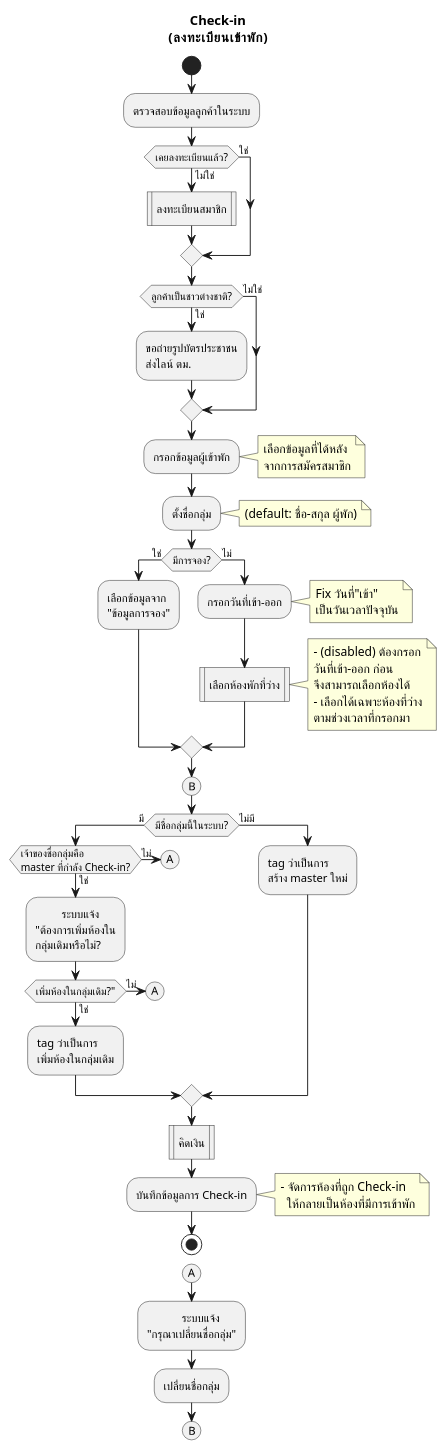
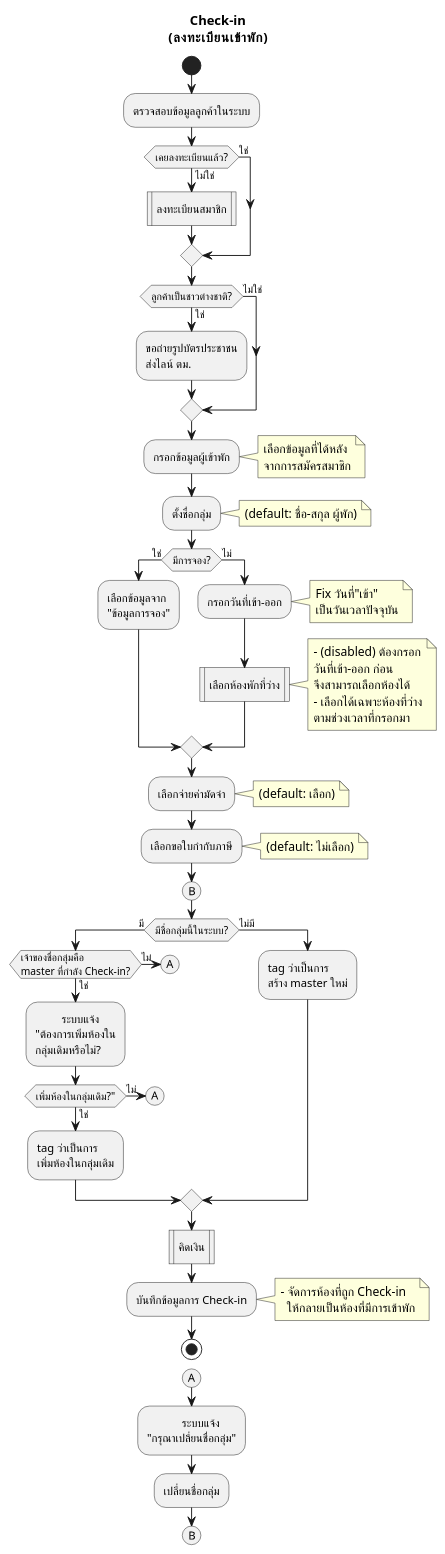
The diagram in activity-diagram/Check-in/Check-in.md (cheat13/Prompiman_Diagram), drawn with PlantUML before and after one commit. The commit also changed 4 other files, not shown here.

```diff
--- a/activity-diagram/Check-in/Check-in.md
+++ b/activity-diagram/Check-in/Check-in.md
@@ -44,6 +44,11 @@
 
 endif
 
+:เลือกจ่ายค่ามัดจำ;
+note right: (default: เลือก)
+:เลือกขอใบกำกับภาษี;
+note right: (default: ไม่เลือก)
+
 (B)
 if (มีชื่อกลุ่มนี้ในระบบ?) then (มี)
     if (เจ้าของชื่อกลุ่มคือ\nmaster ที่กำลัง Check-in?) then (ใช่)
```
